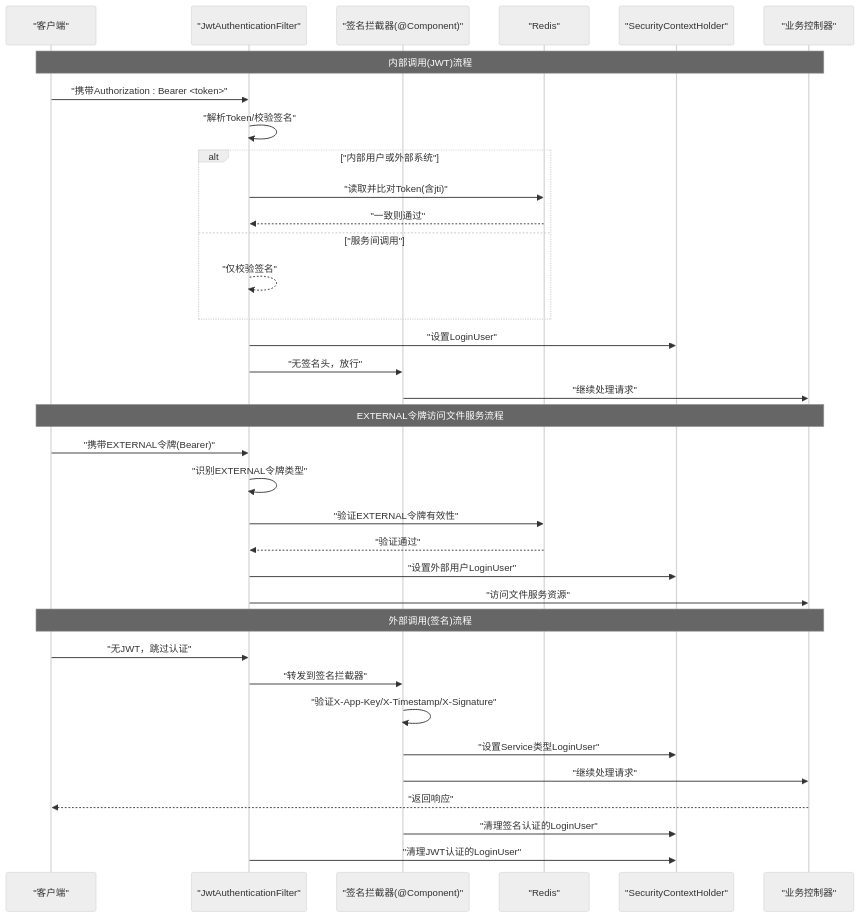
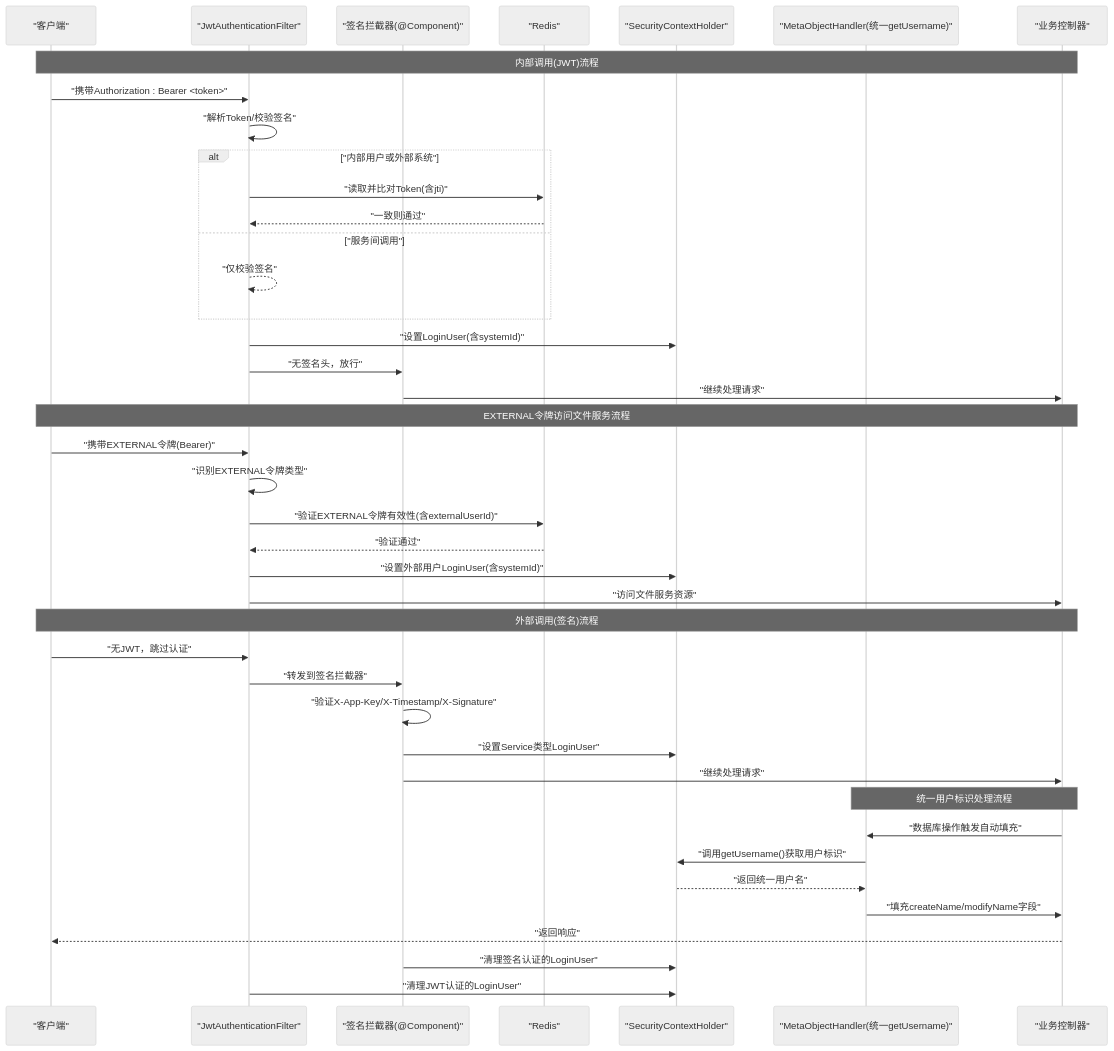
Before and after one commit to DrunkFood/First: the second of 15 diagrams in .qoder/repowiki/zh/content/后端服务/公共模块 (ele-ai-tender-common)/安全认证与授权.md, drawn with Mermaid (neutral theme). The commit also changed other lines of this file and 93 other files, not shown here.

````diff
--- a/.qoder/repowiki/zh/content/后端服务/公共模块 (ele-ai-tender-common)/安全认证与授权.md
+++ b/.qoder/repowiki/zh/content/后端服务/公共模块 (ele-ai-tender-common)/安全认证与授权.md
@@ -140,37 +178,43 @@
 ```mermaid
 sequenceDiagram
 participant Client as "客户端"
 participant JwtFilter as "JwtAuthenticationFilter"
 participant SigIntercept as "签名拦截器(@Component)"
 participant Redis as "Redis"
 participant Ctx as "SecurityContextHolder"
+participant MetaHandler as "MetaObjectHandler(统一getUsername)"
 participant Controller as "业务控制器"
 Note over Client,Controller : 内部调用(JWT)流程
 Client->>JwtFilter : "携带Authorization : Bearer <token>"
 JwtFilter->>JwtFilter : "解析Token/校验签名"
 alt "内部用户或外部系统"
 JwtFilter->>Redis : "读取并比对Token(含jti)"
 Redis-->>JwtFilter : "一致则通过"
 else "服务间调用"
 JwtFilter-->>JwtFilter : "仅校验签名"
 end
-JwtFilter->>Ctx : "设置LoginUser"
+JwtFilter->>Ctx : "设置LoginUser(含systemId)"
 JwtFilter->>SigIntercept : "无签名头，放行"
 SigIntercept->>Controller : "继续处理请求"
 Note over Client,Controller : EXTERNAL令牌访问文件服务流程
 Client->>JwtFilter : "携带EXTERNAL令牌(Bearer)"
 JwtFilter->>JwtFilter : "识别EXTERNAL令牌类型"
-JwtFilter->>Redis : "验证EXTERNAL令牌有效性"
+JwtFilter->>Redis : "验证EXTERNAL令牌有效性(含externalUserId)"
 Redis-->>JwtFilter : "验证通过"
-JwtFilter->>Ctx : "设置外部用户LoginUser"
+JwtFilter->>Ctx : "设置外部用户LoginUser(含systemId)"
 JwtFilter->>Controller : "访问文件服务资源"
 Note over Client,Controller : 外部调用(签名)流程
 Client->>JwtFilter : "无JWT，跳过认证"
 JwtFilter->>SigIntercept : "转发到签名拦截器"
 SigIntercept->>SigIntercept : "验证X-App-Key/X-Timestamp/X-Signature"
 SigIntercept->>Ctx : "设置Service类型LoginUser"
 SigIntercept->>Controller : "继续处理请求"
+Note over MetaHandler,Controller : 统一用户标识处理流程
+Controller->>MetaHandler : "数据库操作触发自动填充"
+MetaHandler->>Ctx : "调用getUsername()获取用户标识"
+Ctx-->>MetaHandler : "返回统一用户名"
+MetaHandler->>Controller : "填充createName/modifyName字段"
 Controller-->>Client : "返回响应"
 SigIntercept->>Ctx : "清理签名认证的LoginUser"
 JwtFilter->>Ctx : "清理JWT认证的LoginUser"
 ```
````
